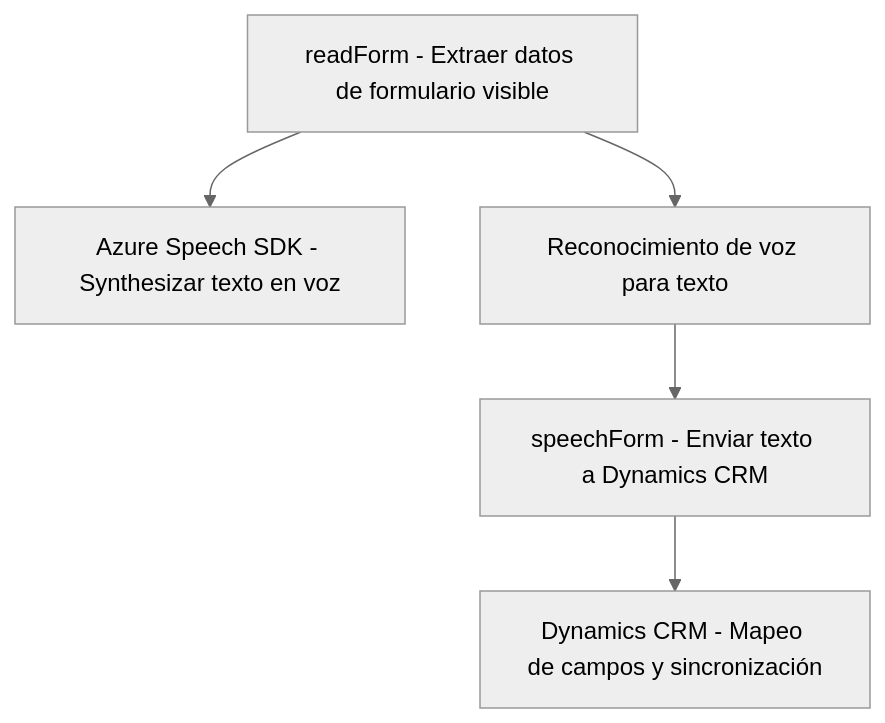
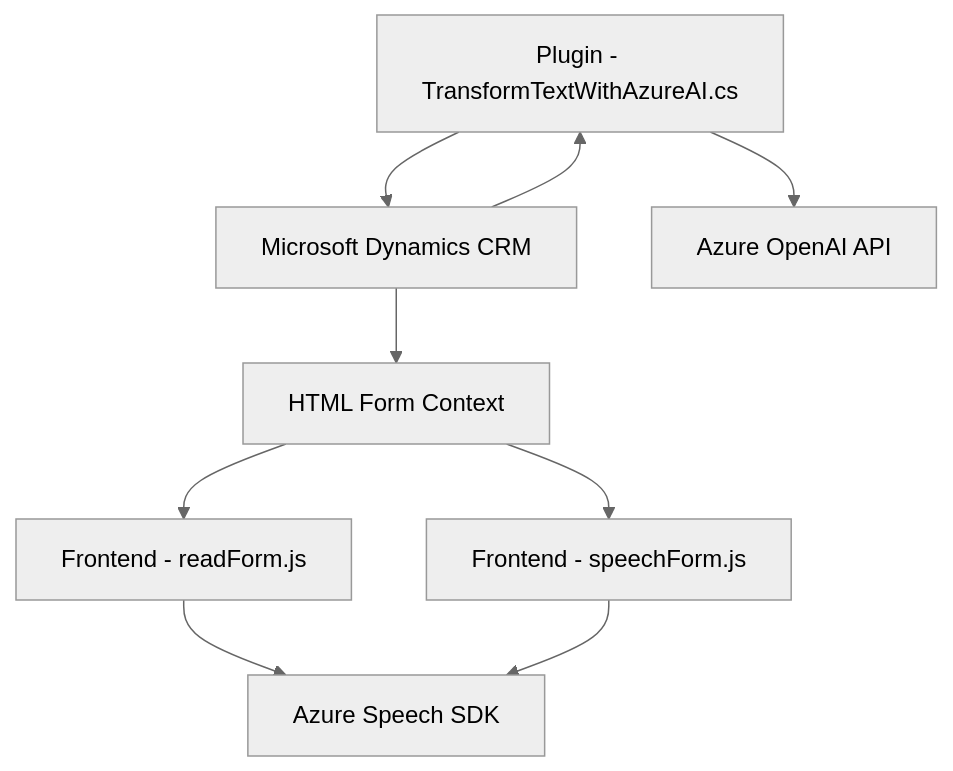
The diagram in README.md (blopezdm/NETCORE_BILBAO2025), drawn with Mermaid (neutral theme) before and after one commit. The commit also changed other lines of this file, not shown here.

````diff
--- a/README.md
+++ b/README.md
@@ -46,7 +51,11 @@
 ```mermaid
 graph TD
-    A["readForm - Extraer datos de formulario visible"] --> B["Azure Speech SDK - Synthesizar texto en voz"]
-    A --> C["Reconocimiento de voz para texto"]
-    C --> D["speechForm - Enviar texto a Dynamics CRM"]
-    D --> E["Dynamics CRM - Mapeo de campos y sincronización"]
+    A["Frontend - readForm.js"] --> B["Azure Speech SDK"]
+    C["Frontend - speechForm.js"] --> B
+    E["Plugin - TransformTextWithAzureAI.cs"] --> F["Microsoft Dynamics CRM"]
+    E --> G["Azure OpenAI API"]
+    D["HTML Form Context"] --> A
+    D --> C
+    F --> D
+    F --> E
 ```
````
